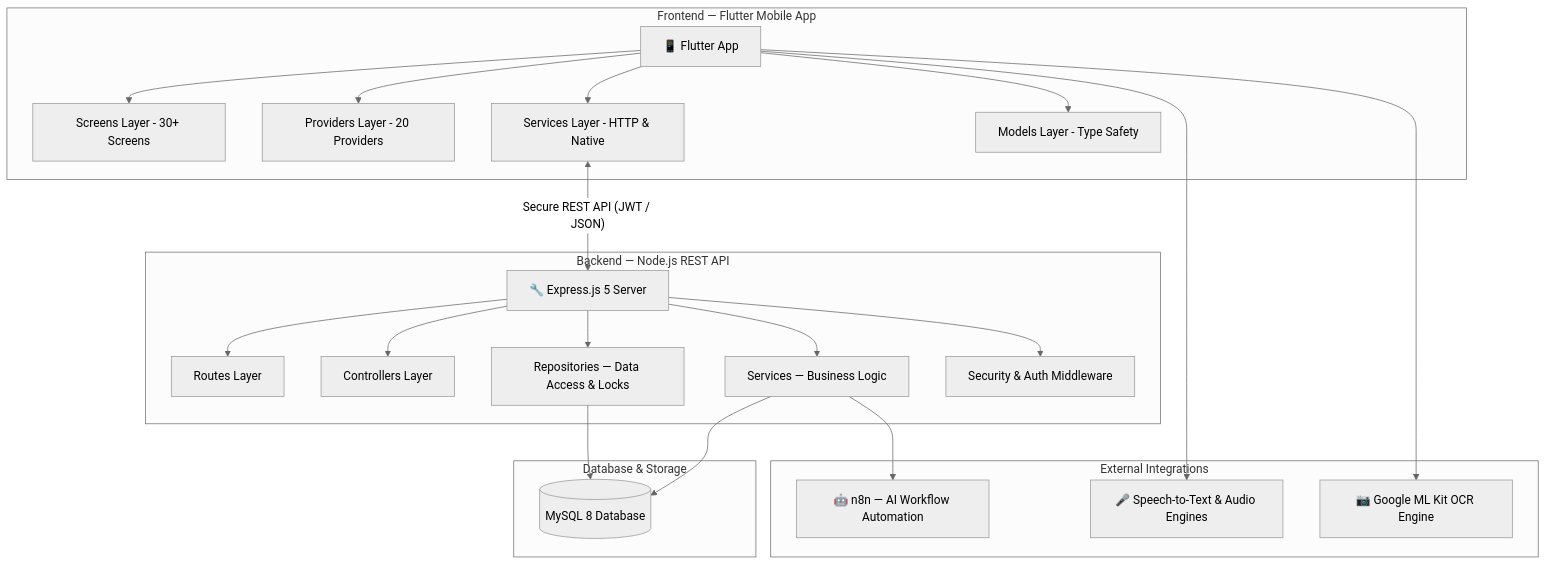
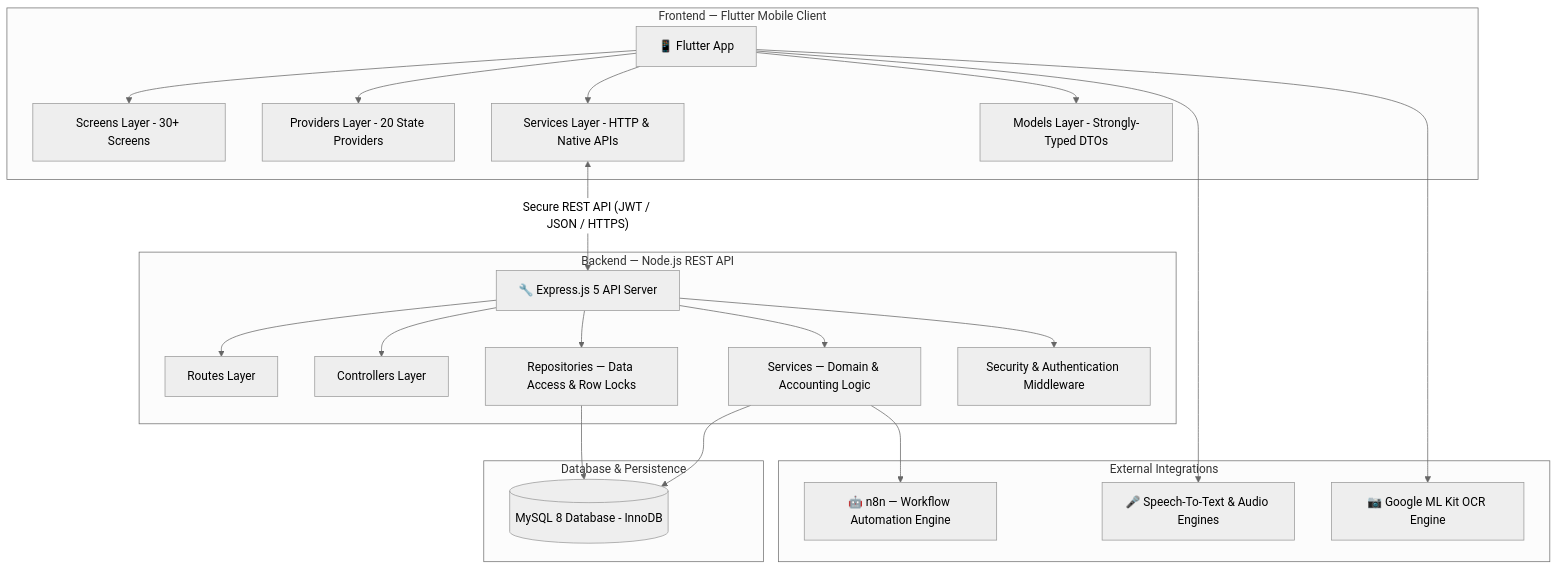
The first of 8 diagrams in README.md (mohammadbzoor/AlphaAPP), drawn with Mermaid (neutral theme) before and after one commit. The commit also changed other lines of this file, not shown here.

````diff
--- a/README.md
+++ b/README.md
@@ -46,34 +45,34 @@
 ```mermaid
 graph TB
-    subgraph "Frontend — Flutter Mobile App"
+    subgraph "Frontend — Flutter Mobile Client"
         A[📱 Flutter App] --> B[Screens Layer - 30+ Screens]
-        A --> C[Providers Layer - 20 Providers]
-        A --> D[Services Layer - HTTP & Native]
-        A --> E[Models Layer - Type Safety]
+        A --> C[Providers Layer - 20 State Providers]
+        A --> D[Services Layer - HTTP & Native APIs]
+        A --> E[Models Layer - Strongly-Typed DTOs]
     end
 
     subgraph "Backend — Node.js REST API"
-        F[🔧 Express.js 5 Server] --> G[Routes Layer]
+        F[🔧 Express.js 5 API Server] --> G[Routes Layer]
         F --> H[Controllers Layer]
-        F --> I[Services — Business Logic]
-        F --> J[Repositories — Data Access & Locks]
-        F --> K[Security & Auth Middleware]
+        F --> I[Services — Domain & Accounting Logic]
+        F --> J[Repositories — Data Access & Row Locks]
+        F --> K[Security & Authentication Middleware]
     end
 
-    subgraph "Database & Storage"
-        L[(MySQL 8 Database)]
+    subgraph "Database & Persistence"
+        L[(MySQL 8 Database - InnoDB)]
     end
 
     subgraph "External Integrations"
-        M[🤖 n8n — AI Workflow Automation]
-        N[🎤 Speech-to-Text & Audio Engines]
+        M[🤖 n8n — Workflow Automation Engine]
+        N[🎤 Speech-To-Text & Audio Engines]
         O[📷 Google ML Kit OCR Engine]
     end
 
-    D <-- "Secure REST API (JWT / JSON)" --> F
+    D <-- "Secure REST API (JWT / JSON / HTTPS)" --> F
     I --> L
     J --> L
     I --> M
     A --> N
     A --> O
 ```
````
